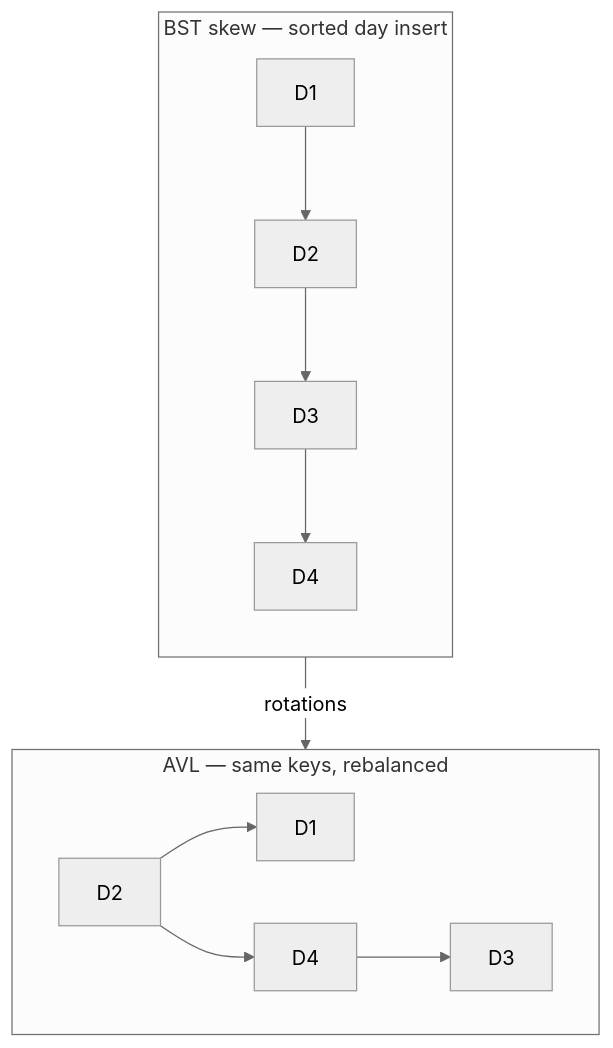
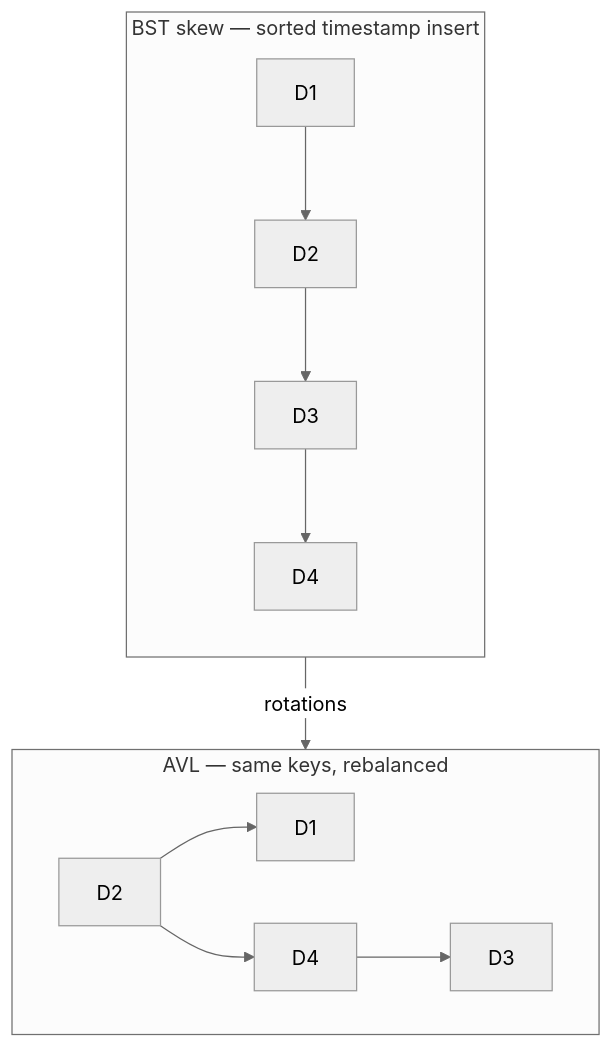
Before and after one commit to qgjones9/python-programming-guide: the first of 5 diagrams in docs/dsa/data-structures/avl-tree/index.md, drawn with Mermaid (neutral theme). The commit also changed other lines of this file and 31 other files, not shown here.

````diff
--- a/docs/dsa/data-structures/avl-tree/index.md
+++ b/docs/dsa/data-structures/avl-tree/index.md
@@ -32,14 +32,14 @@
 ```mermaid
 flowchart TB
-  subgraph before["BST skew — sorted day insert"]
-    direction TB
-    D1["D1"] --> D2["D2"] --> D3["D3"] --> D4["D4"]
-  end
-  subgraph after["AVL — same keys, rebalanced"]
-    D2a["D2"]
-    D2a --> D1a["D1"]
-    D2a --> D4a["D4"]
-    D4a --> D3a["D3"]
-  end
-  before -->|"rotations"| after
+ subgraph before["BST skew — sorted timestamp insert"]
+ direction TB
+ D1["D1"] --> D2["D2"] --> D3["D3"] --> D4["D4"]
+ end
+ subgraph after["AVL — same keys, rebalanced"]
+ D2a["D2"]
+ D2a --> D1a["D1"]
+ D2a --> D4a["D4"]
+ D4a --> D3a["D3"]
+ end
+ before -->|"rotations"| after
 ```
````
